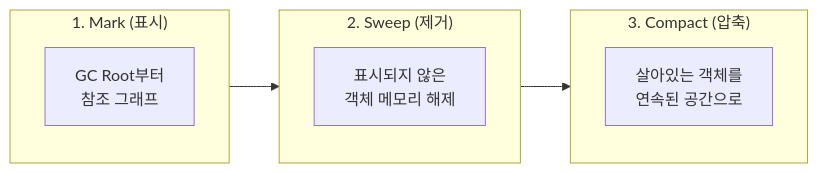
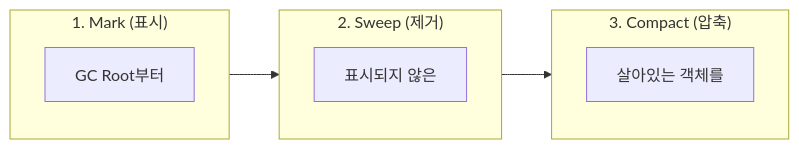
The fifth of 7 diagrams in _posts/java/2026-05-02-jvm-architecture.md (yjkim2015/yjkim2015.github.io), drawn with Mermaid before and after one commit. The commit also changed other lines of this file and 217 other files, not shown here.

First line of the commit message:
Mermaid 크기 수정: useMaxWidth:true + SVG max-width:100% + 라벨 축소

````diff
--- a/_posts/java/2026-05-02-jvm-architecture.md
+++ b/_posts/java/2026-05-02-jvm-architecture.md
@@ -550,13 +550,13 @@
 ```mermaid
 flowchart LR
     subgraph MARK["1. Mark (표시)"]
-        A["GC Root부터\n참조 그래프"]
+        A["GC Root부터"]
     end
     subgraph SWEEP["2. Sweep (제거)"]
-        B["표시되지 않은\n객체 메모리 해제"]
+        B["표시되지 않은"]
     end
     subgraph COMPACT["3. Compact (압축)"]
-        C["살아있는 객체를\n연속된 공간으로"]
+        C["살아있는 객체를"]
     end
     MARK --> SWEEP --> COMPACT
 ```
````
